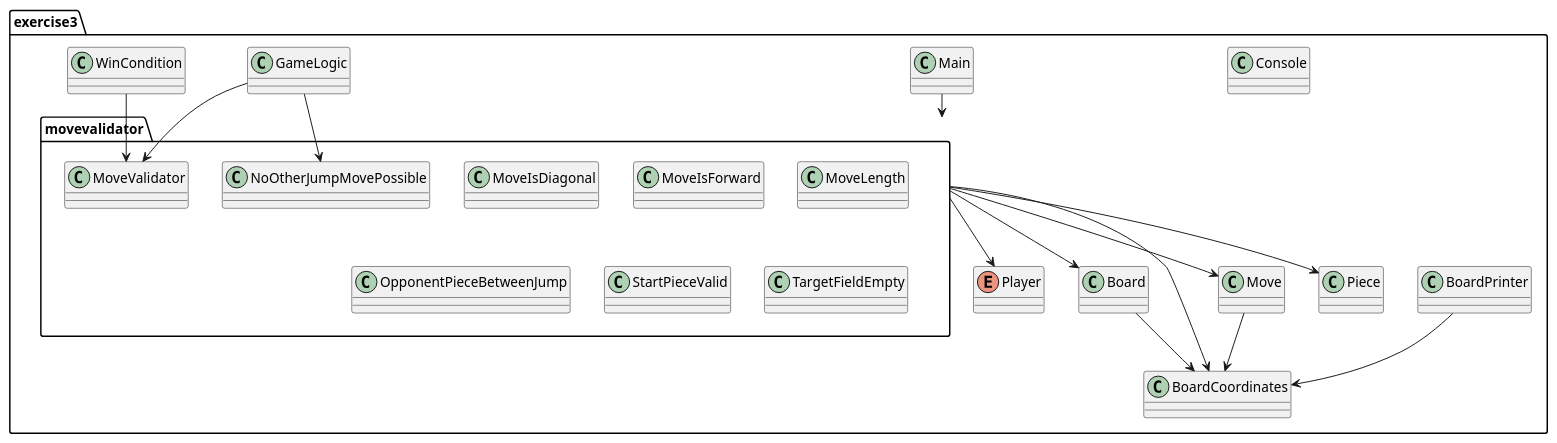
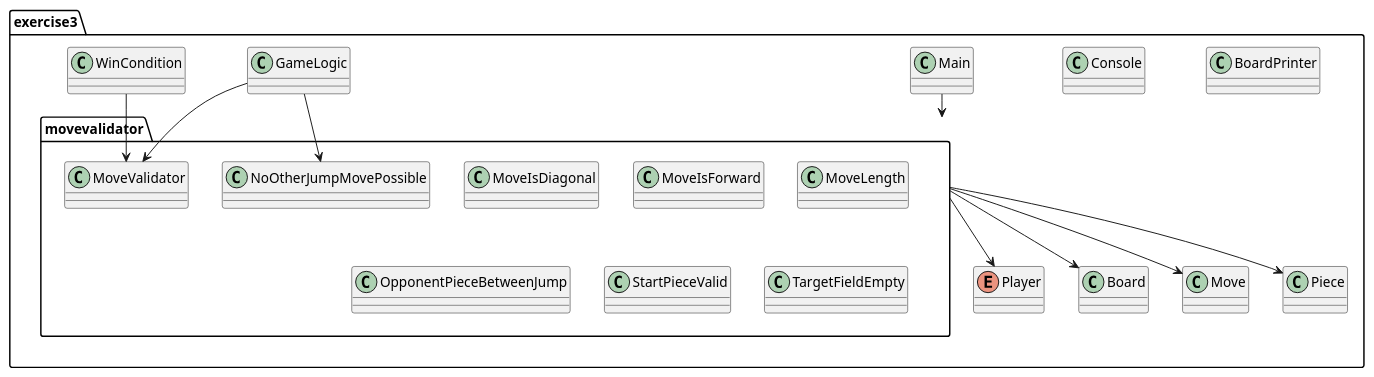
The diagram in assignment-1/exercise2/Class Diagramm Checkers.puml (soco21/soco21), drawn with PlantUML before and after one commit.

Commit message:
Class Diagramm Checkers.puml: remove BoardCoordinates
It's only a data class.

```diff
--- a/assignment-1/exercise2/Class Diagramm Checkers.puml
+++ b/assignment-1/exercise2/Class Diagramm Checkers.puml
@@ -1,36 +1,31 @@
 @startuml
 package exercise3{
 package movevalidator {
 class MoveIsDiagonal
 class MoveIsForward
 class MoveLength
 class MoveValidator
 class NoOtherJumpMovePossible
 class OpponentPieceBetweenJump
 class StartPieceValid
 class TargetFieldEmpty
 }
 class Board
-class BoardCoordinates
 class BoardPrinter
 class Console
 class GameLogic
 class Main
 class Move
 class Piece
 enum Player
 class WinCondition
 }
 movevalidator --> Board
 movevalidator --> Move
 movevalidator --> Piece
 movevalidator --> Player
-movevalidator --> BoardCoordinates
-Board --> BoardCoordinates
-BoardPrinter --> BoardCoordinates
 GameLogic --> MoveValidator
 GameLogic --> NoOtherJumpMovePossible
 Main --> movevalidator
-Move --> BoardCoordinates
 WinCondition --> MoveValidator
 @enduml
```
